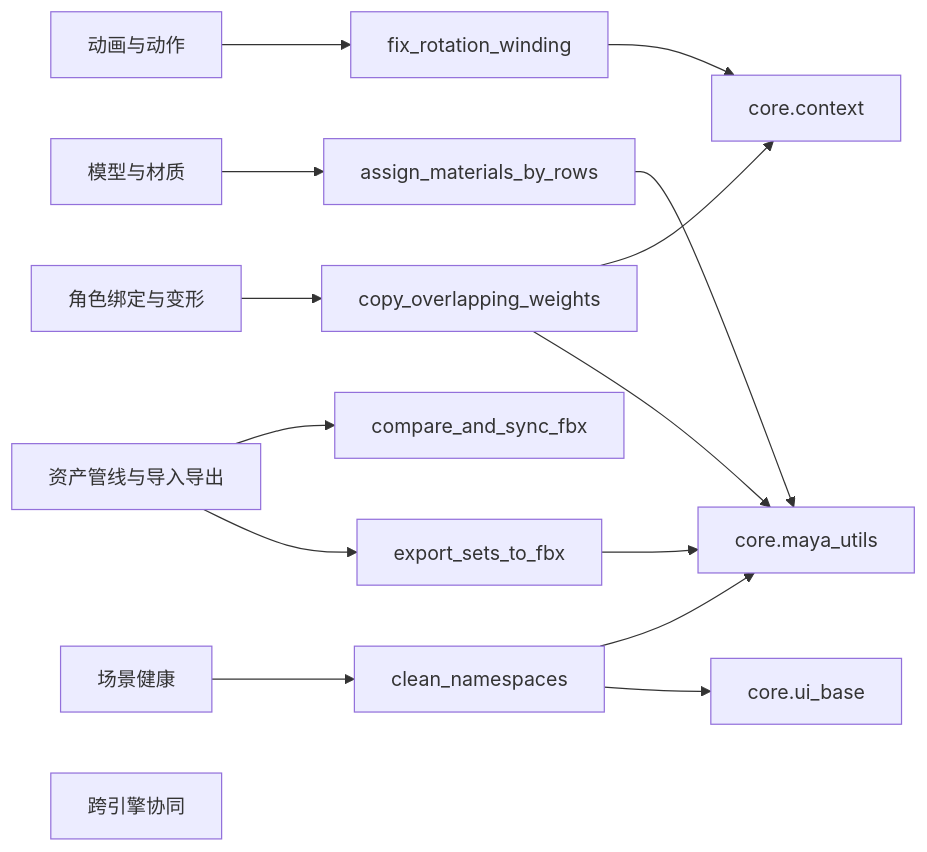
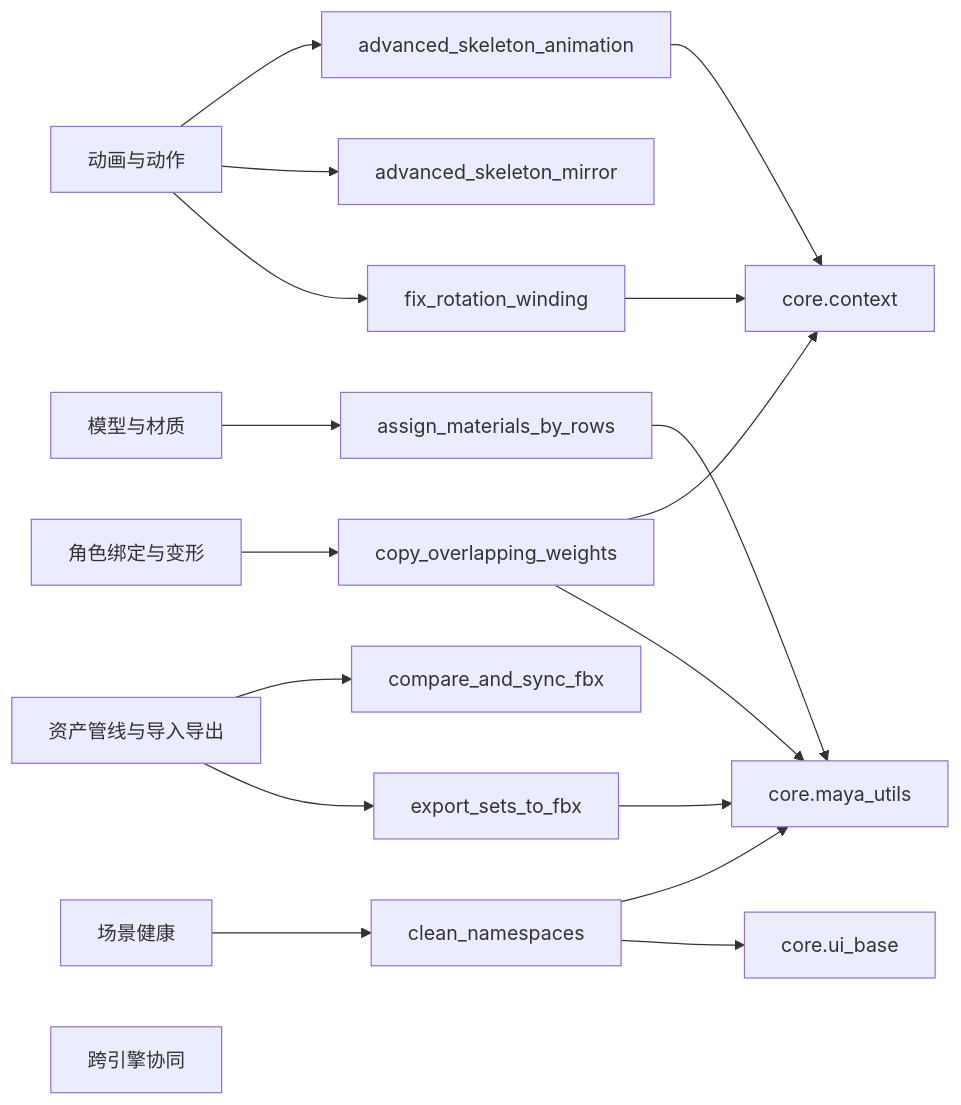
One commit to zwj870987952-maker/maya_tools_box changed the diagram in knowledge/_generated/项目地图.md. Above: the diagram before and after it, drawn with Mermaid. The commit also changed 127 other files, not shown here.

First line of the commit message:
Add verified Advanced Skeleton animation and mirror APIs

````diff
--- a/knowledge/_generated/项目地图.md
+++ b/knowledge/_generated/项目地图.md
@@ -8,35 +8,41 @@
 ```mermaid
 flowchart LR
     domain_animation["动画与动作"]
     domain_rigging["角色绑定与变形"]
     domain_modeling_surfacing["模型与材质"]
     domain_pipeline_io["资产管线与导入导出"]
     domain_scene_hygiene["场景健康"]
     domain_engine_bridge["跨引擎协同"]
+    tool_advanced_skeleton_animation["advanced_skeleton_animation"]
+    domain_animation --> tool_advanced_skeleton_animation
+    core_context["core.context"]
+    tool_advanced_skeleton_animation --> core_context
+    tool_advanced_skeleton_mirror["advanced_skeleton_mirror"]
+    domain_animation --> tool_advanced_skeleton_mirror
     tool_assign_materials_by_rows["assign_materials_by_rows"]
     domain_modeling_surfacing --> tool_assign_materials_by_rows
     core_maya_utils["core.maya_utils"]
     tool_assign_materials_by_rows --> core_maya_utils
     tool_clean_namespaces["clean_namespaces"]
     domain_scene_hygiene --> tool_clean_namespaces
     core_maya_utils["core.maya_utils"]
     tool_clean_namespaces --> core_maya_utils
     core_ui_base["core.ui_base"]
     tool_clean_namespaces --> core_ui_base
     tool_compare_and_sync_fbx["compare_and_sync_fbx"]
     domain_pipeline_io --> tool_compare_and_sync_fbx
     tool_copy_overlapping_weights["copy_overlapping_weights"]
     domain_rigging --> tool_copy_overlapping_weights
     core_context["core.context"]
     tool_copy_overlapping_weights --> core_context
     core_maya_utils["core.maya_utils"]
     tool_copy_overlapping_weights --> core_maya_utils
     tool_export_sets_to_fbx["export_sets_to_fbx"]
     domain_pipeline_io --> tool_export_sets_to_fbx
     core_maya_utils["core.maya_utils"]
     tool_export_sets_to_fbx --> core_maya_utils
     tool_fix_rotation_winding["fix_rotation_winding"]
     domain_animation --> tool_fix_rotation_winding
     core_context["core.context"]
     tool_fix_rotation_winding --> core_context
 ```
````
